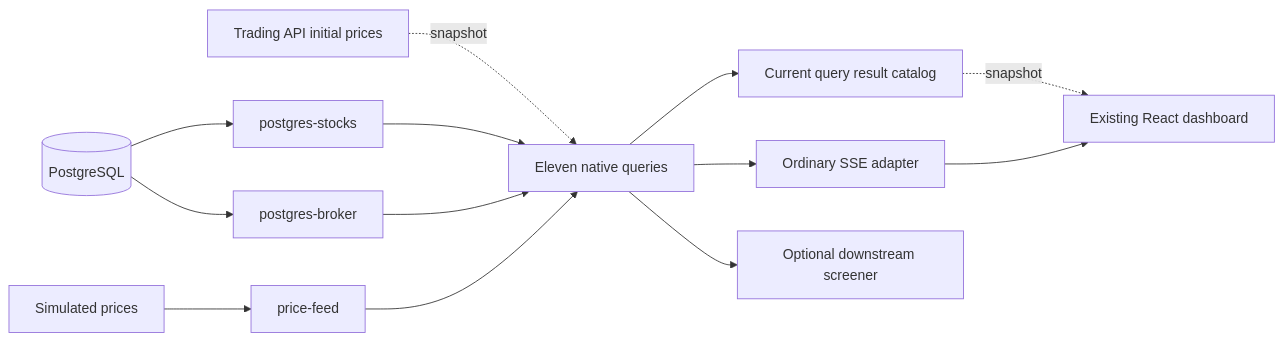
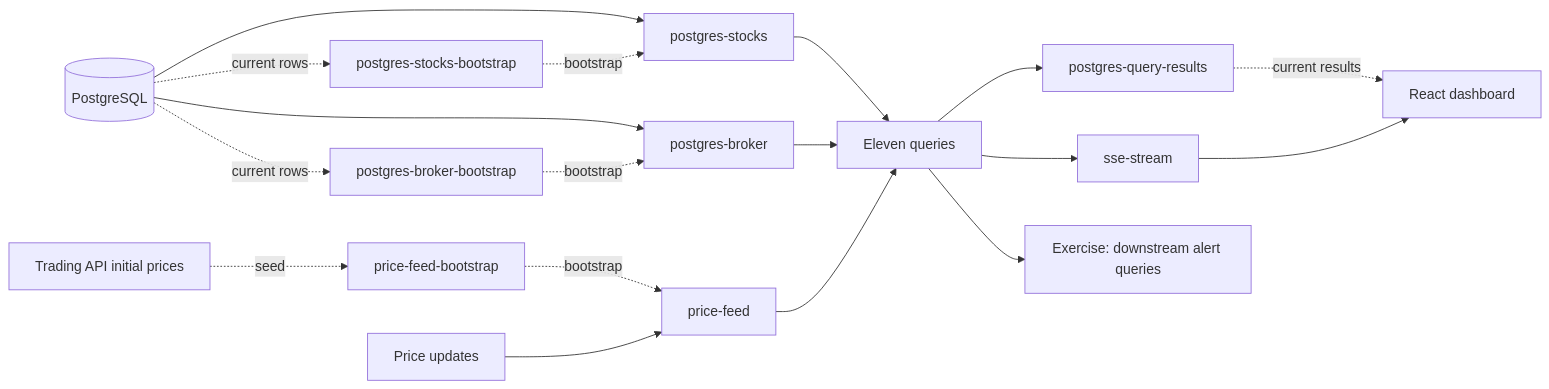
The diagram in tutorials/trading/README.md (drasi-project/learning-drasi-server), drawn with Mermaid before and after one commit. The commit also changed other lines of this file and 106 other files, not shown here.

````diff
--- a/tutorials/trading/README.md
+++ b/tutorials/trading/README.md
@@ -172,15 +230,20 @@
 ```mermaid
 flowchart LR
     PG[(PostgreSQL)] --> Stocks[postgres-stocks]
     PG --> Broker[postgres-broker]
-    API[Trading API initial prices] -. snapshot .-> Queries
-    Prices[Simulated prices] --> HTTP[price-feed]
-    Stocks --> Queries[Eleven native queries]
+    PG -. current rows .-> StocksBoot[postgres-stocks-bootstrap]
+    PG -. current rows .-> BrokerBoot[postgres-broker-bootstrap]
+    API[Trading API initial prices] -. seed .-> PriceBoot[price-feed-bootstrap]
+    StocksBoot -. bootstrap .-> Stocks
+    BrokerBoot -. bootstrap .-> Broker
+    PriceBoot -. bootstrap .-> HTTP[price-feed]
+    Prices[Price updates] --> HTTP
+    Stocks --> Queries[Eleven queries]
     Broker --> Queries
     HTTP --> Queries
-    Queries --> Catalog[Current query result catalog]
-    Queries --> SSE[Ordinary SSE adapter]
-    Catalog -. snapshot .-> UI[Existing React dashboard]
+    Queries --> Results[postgres-query-results]
+    Queries --> SSE[sse-stream]
+    Results -. current results .-> UI[React dashboard]
     SSE --> UI
-    Queries --> Screener[Optional downstream screener]
+    Queries --> Screener[Exercise: downstream alert queries]
 ```
````
